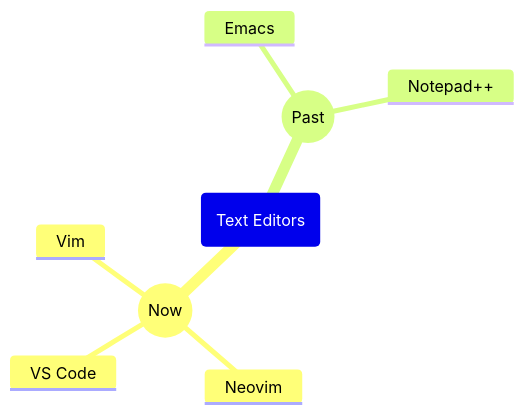
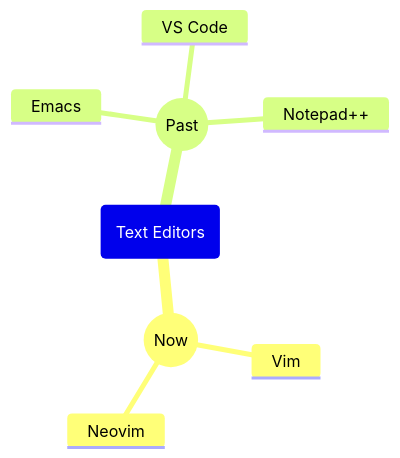
Before and after one commit to frefolli/frefolli: the fourth of 6 diagrams in README.md, drawn with Mermaid. The commit also changed other lines of this file, not shown here.

````diff
--- a/README.md
+++ b/README.md
@@ -106,11 +106,11 @@
 ```mermaid
 mindmap
   root(Text Editors)
     ((Now))
       Vim
       Neovim
-      VS Code
     ((Past))
       Emacs
+      VS Code
       Notepad++
 ```
````
